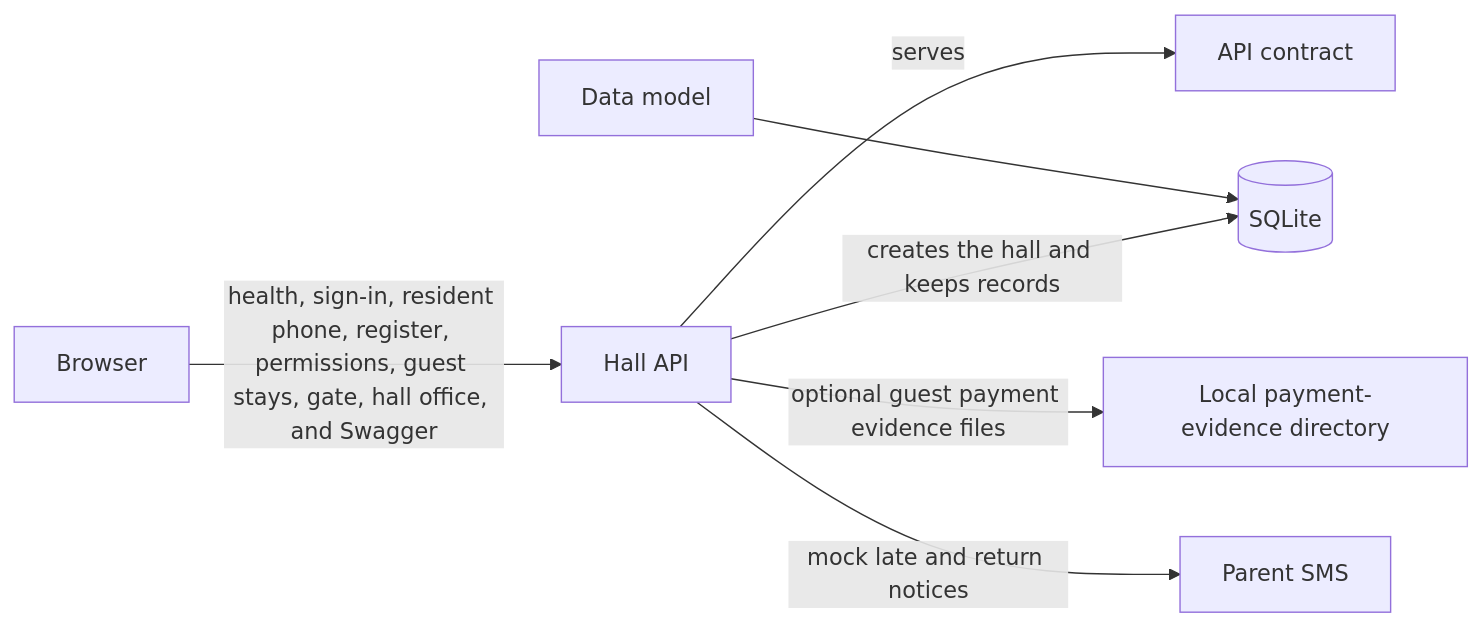
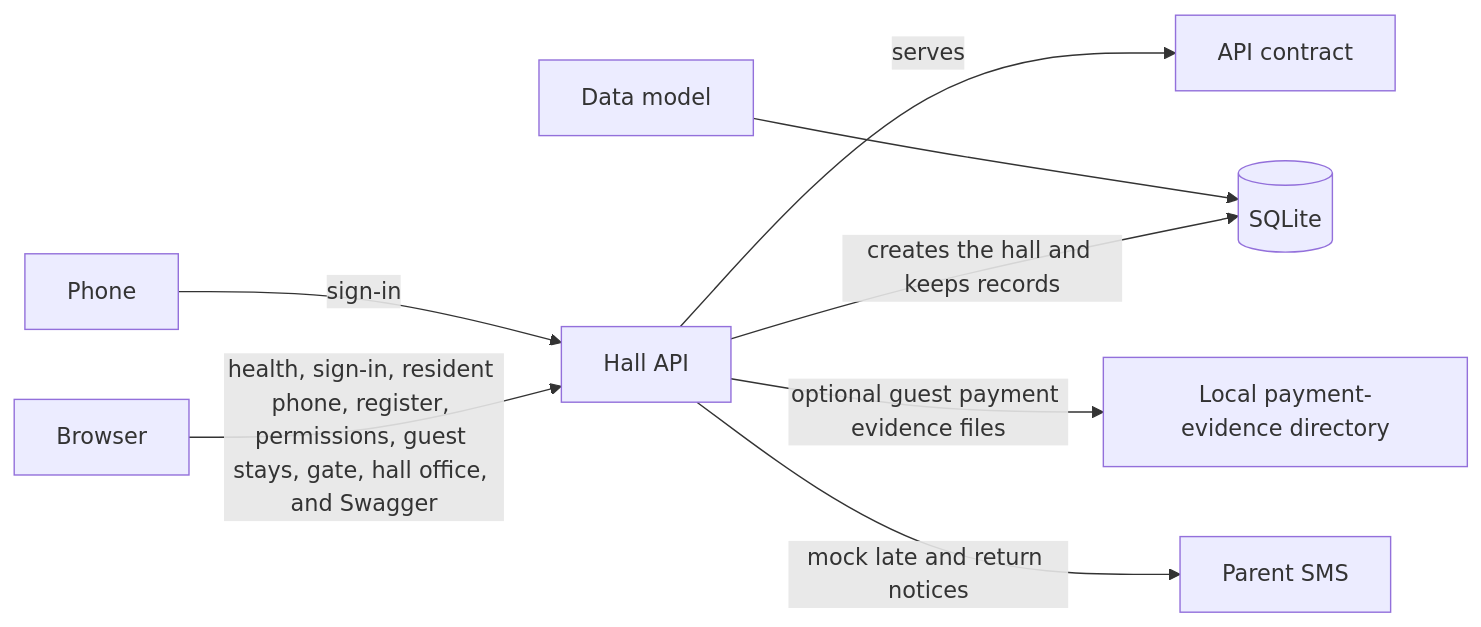
One commit to AbuIqbal123/BSJ-Hostel-Management changed the diagram in docs/architecture/system-architecture.md. Above: the diagram before and after it, drawn with Mermaid. The commit also changed other lines of this file and 25 other files, not shown here.

First line of the commit message:
phone: loading screen, then sign-in

````diff
--- a/docs/architecture/system-architecture.md
+++ b/docs/architecture/system-architecture.md
@@ -7,9 +7,10 @@
 ```mermaid
 flowchart LR
-  browser["Browser"] -->|"health, sign-in, resident phone, register, permissions, guest stays, gate, hall office, and Swagger"| api["Hall API"]
+  phone["Phone"] -->|"sign-in"| api["Hall API"]
+  browser["Browser"] -->|"health, sign-in, resident phone, register, permissions, guest stays, gate, hall office, and Swagger"| api
   api -->|"serves"| contract["API contract"]
   model["Data model"] --> db[("SQLite")]
   api -->|"creates the hall and keeps records"| db
   api -->|"optional guest payment evidence files"| evidence["Local payment-evidence directory"]
   api -->|"mock late and return notices"| sms["Parent SMS"]
 ```
````
